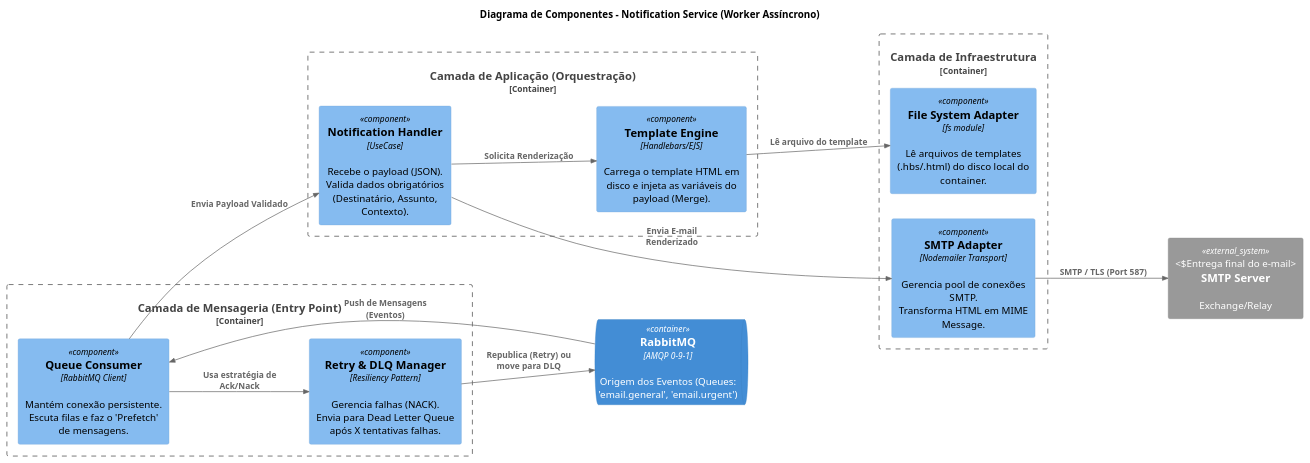
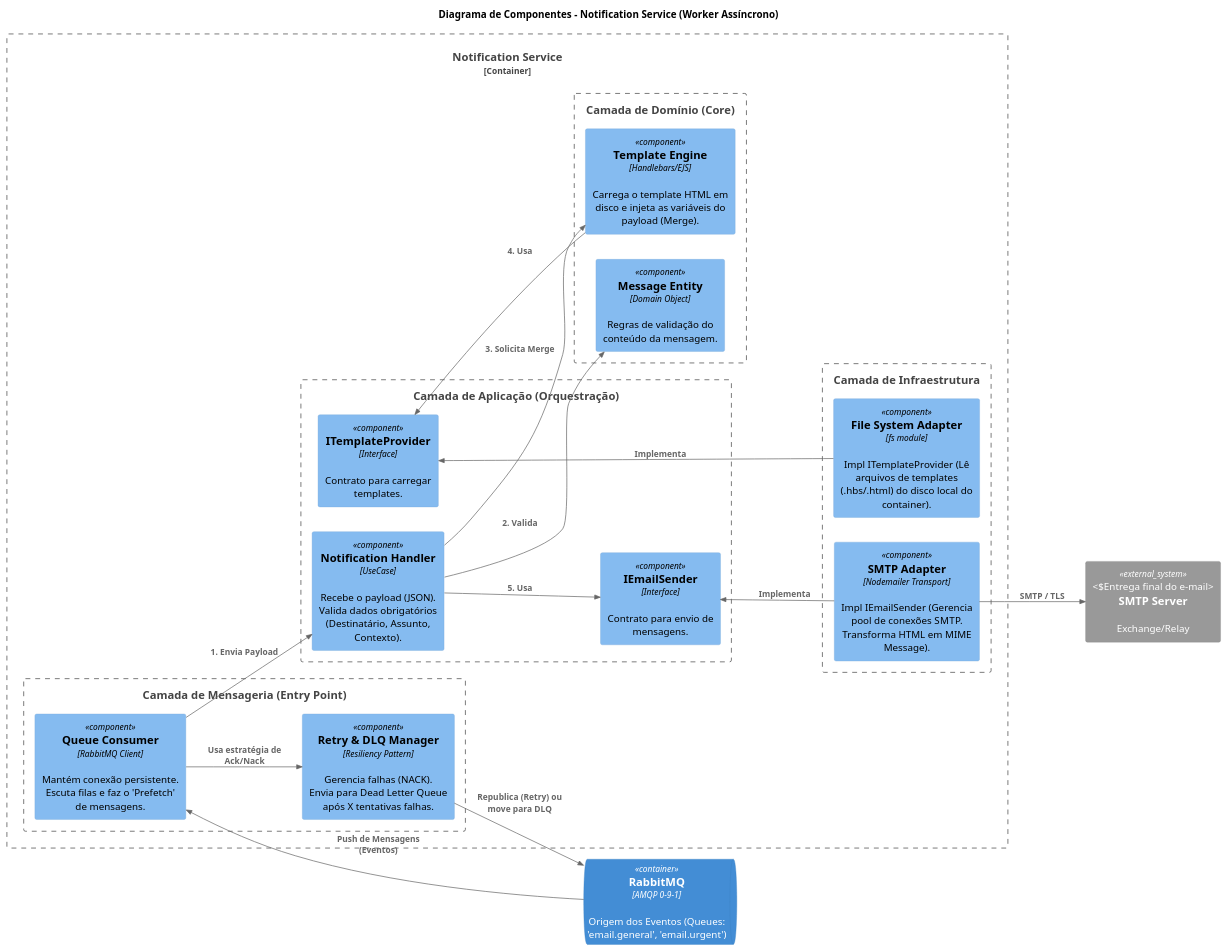
The diagram in Artefato 3 - Diagrama de Componentes (C4)/Componente_Processamento_Notificacoes.md (victor-alexandre/TJGO-Projeto-Software), drawn with PlantUML before and after one commit.

Commit message:
refactor: aplica arquitetura hexagonal, cria camada de domínio para regras de template e define interfaces explícitas na camada de aplicação.

```diff
--- a/Artefato 3 - Diagrama de Componentes (C4)/Componente_Processamento_Notificacoes.md
+++ b/Artefato 3 - Diagrama de Componentes (C4)/Componente_Processamento_Notificacoes.md
@@ -1,63 +1,70 @@
 @startuml
 !include <C4/C4_Component>
 
 ' Fluxo da Esquerda (Fila) para Direita (SMTP)
 LAYOUT_LEFT_RIGHT()
 
 title Diagrama de Componentes - Notification Service (Worker Assíncrono)
 
-' --- SISTEMAS E CONTAINERS EXTERNOS ---
+' --- 1. BLOCOS EXTERNOS (EXTREMIDADES) ---
 ContainerQueue(broker, "RabbitMQ", "AMQP 0-9-1", "Origem dos Eventos (Queues: 'email.general', 'email.urgent')")
 System_Ext(email_gateway, "SMTP Server", "Exchange/Relay", "Entrega final do e-mail")
 
-' ============================================================
-' 1. CAMADA DE ENTRADA (Listener / Messaging Adapter)
-' ============================================================
-Container_Boundary(listener_layer, "Camada de Mensageria (Entry Point)") {
-    
-    Component(consumer, "Queue Consumer", "RabbitMQ Client", "Mantém conexão persistente.\nEscuta filas e faz o 'Prefetch' de mensagens.")
-    
-    Component(resiliency, "Retry & DLQ Manager", "Resiliency Pattern", "Gerencia falhas (NACK).\nEnvia para Dead Letter Queue após X tentativas falhas.")
+Container_Boundary(notification_service, "Notification Service") {
+
+    ' --- COLUNA 1: ENTRADA ---
+    Boundary(listener_layer, "Camada de Mensageria (Entry Point)") {
+        Component(consumer, "Queue Consumer", "RabbitMQ Client", "Mantém conexão persistente.\nEscuta filas e faz o 'Prefetch' de mensagens.")
+        Component(resiliency, "Retry & DLQ Manager", "Resiliency Pattern", "Gerencia falhas (NACK).\nEnvia para Dead Letter Queue após X tentativas falhas.")
+    }
+
+    ' --- COLUNA 2: CORE (APLICAÇÃO E DOMÍNIO AGRUPADOS VISUALMENTE) ---
+    ' Definimos primeiro a aplicação e depois o domínio para ficarem alinhados
+    Boundary(app_layer, "Camada de Aplicação (Orquestração)") {
+        Component(notification_handler, "Notification Handler", "UseCase", "Recebe o payload (JSON).\nValida dados obrigatórios (Destinatário, Assunto, Contexto).")
+        
+        ' As interfaces ficam aqui, próximas de quem as usa
+        Component(i_email_sender, "IEmailSender", "Interface", "Contrato para envio de mensagens.")
+        Component(i_template_provider, "ITemplateProvider", "Interface", "Contrato para carregar templates.")
+    }
+
+    Boundary(domain_layer, "Camada de Domínio (Core)") {
+        Component(message_entity, "Message Entity", "Domain Object", "Regras de validação do conteúdo da mensagem.")
+        Component(template_engine, "Template Engine", "Handlebars/EJS", "Carrega o template HTML em disco e injeta as variáveis do payload (Merge).")
+    }
+
+    ' --- COLUNA 3: INFRAESTRUTURA ---
+    Boundary(infra_layer, "Camada de Infraestrutura") {
+        Component(smtp_adapter, "SMTP Adapter", "Nodemailer Transport", "Impl IEmailSender (Gerencia pool de conexões SMTP.\nTransforma HTML em MIME Message).")
+        Component(fs_adapter, "File System Adapter", "fs module", "Impl ITemplateProvider (Lê arquivos de templates (.hbs/.html) do disco local do container).")
+    }
 }
 
 ' ============================================================
-' 2. CAMADA DE APLICAÇÃO (Use Cases)
-' ============================================================
-Container_Boundary(app_layer, "Camada de Aplicação (Orquestração)") {
-    
-    Component(notification_handler, "Notification Handler", "UseCase", "Recebe o payload (JSON).\nValida dados obrigatórios (Destinatário, Assunto, Contexto).")
-    
-    Component(template_engine, "Template Engine", "Handlebars/EJS", "Carrega o template HTML em disco e injeta as variáveis do payload (Merge).")
-}
-
-' ============================================================
-' 3. CAMADA DE INFRAESTRUTURA (Saída)
-' ============================================================
-Container_Boundary(infra_layer, "Camada de Infraestrutura") {
-    
-    Component(smtp_adapter, "SMTP Adapter", "Nodemailer Transport", "Gerencia pool de conexões SMTP.\nTransforma HTML em MIME Message.")
-    
-    Component(fs_adapter, "File System Adapter", "fs module", "Lê arquivos de templates (.hbs/.html) do disco local do container.")
-}
-
-' ============================================================
-' RELACIONAMENTOS
+' RELACIONAMENTOS (REORGANIZADOS PARA EVITAR CRUZAMENTOS)
 ' ============================================================
 
-' 1. Consumo da Fila
+' 1. Fluxo de Entrada
 Rel(broker, consumer, "Push de Mensagens (Eventos)")
 Rel(consumer, resiliency, "Usa estratégia de Ack/Nack")
 Rel(resiliency, broker, "Republica (Retry) ou move para DLQ")
+Rel(consumer, notification_handler, "1. Envia Payload")
 
-' 2. Orquestração
-Rel(consumer, notification_handler, "Envia Payload Validado")
+' 2. Fluxo Interno (Aplicação e Domínio)
+Rel(notification_handler, message_entity, "2. Valida")
+Rel(notification_handler, template_engine, "3. Solicita Merge")
 
-' 3. Processamento do Template
-Rel(notification_handler, template_engine, "Solicita Renderização")
-Rel(template_engine, fs_adapter, "Lê arquivo do template")
+' 3. Conexão com Interfaces
+' O Handler usa o enviador
+Rel(notification_handler, i_email_sender, "5. Usa")
+' O Template Engine usa o provedor (Seta ÚNICA de dependência)
+Rel(template_engine, i_template_provider, "4. Usa")
 
-' 4. Envio do E-mail
-Rel(notification_handler, smtp_adapter, "Envia E-mail Renderizado")
-Rel(smtp_adapter, email_gateway, "SMTP / TLS (Port 587)")
+' 4. Implementações (Infraestrutura)
+Rel_Up(smtp_adapter, i_email_sender, "Implementa")
+Rel_Up(fs_adapter, i_template_provider, "Implementa")
+
+' 5. Saída Externa
+Rel(smtp_adapter, email_gateway, "SMTP / TLS")
 
 @enduml
```
